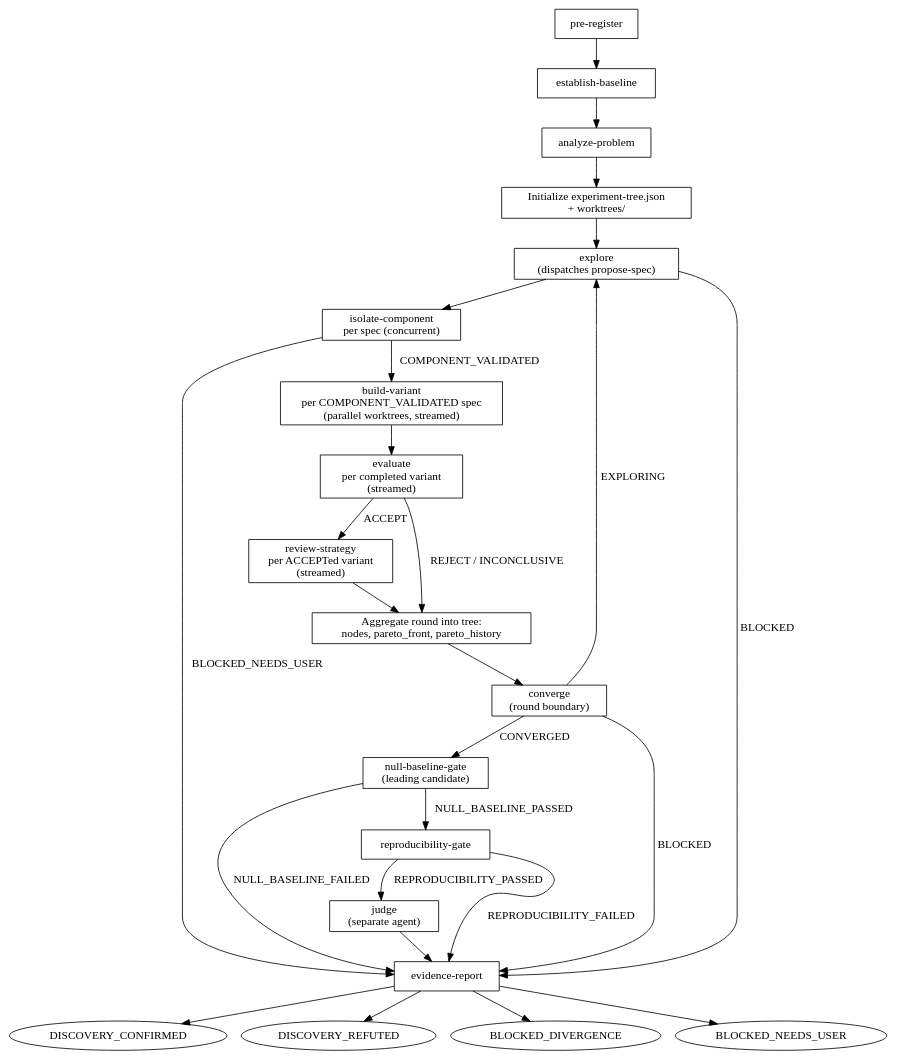
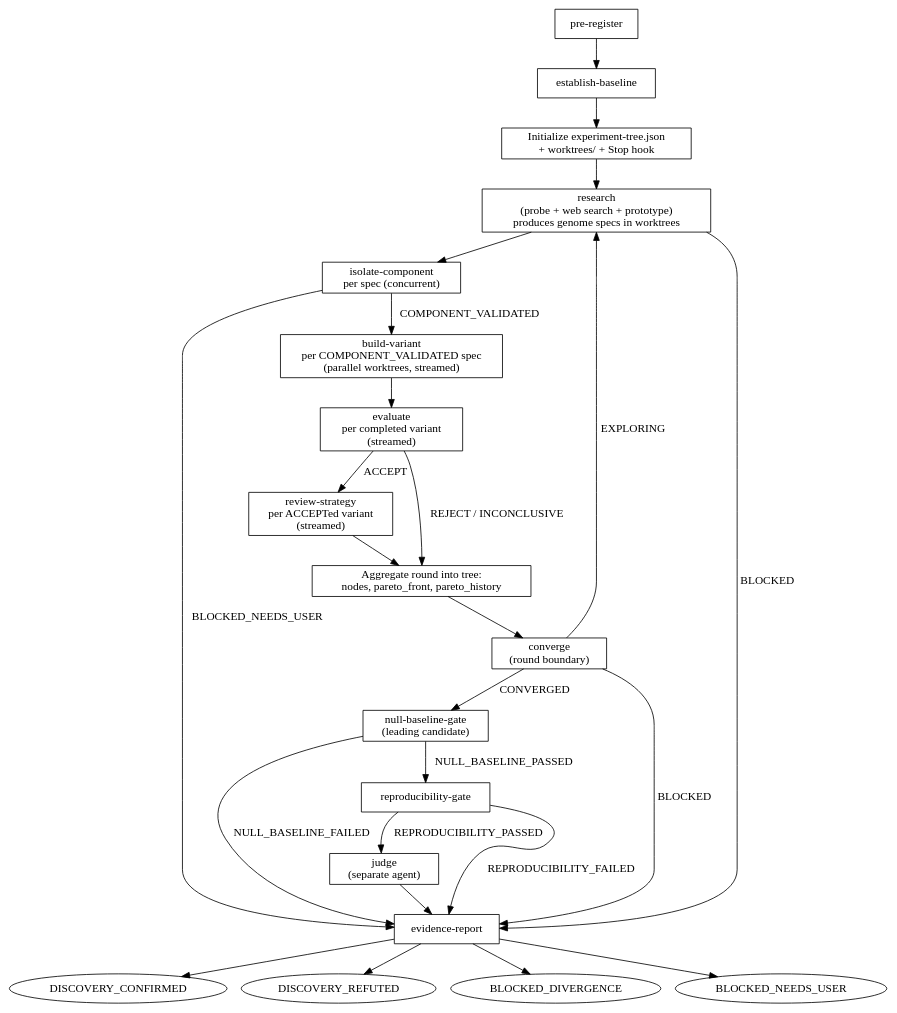
The diagram in skills/auto-discover/references/pipeline-overview.md (Hook12aaa/auto-discover), drawn with Graphviz before and after one commit. The commit also changed other lines of this file and 31 other files, not shown here.

````diff
--- a/skills/auto-discover/references/pipeline-overview.md
+++ b/skills/auto-discover/references/pipeline-overview.md
@@ -3,49 +3,48 @@
 ```dot
 digraph auto_discover_evolutionary_loop {
   rankdir=TB;
   node [shape=box];
 
   prereg [label="pre-register"];
   baseline [label="establish-baseline"];
-  analyze [label="analyze-problem"];
-  inittree [label="Initialize experiment-tree.json\n+ worktrees/"];
-  explore [label="explore\n(dispatches propose-spec)"];
+  inittree [label="Initialize experiment-tree.json\n+ worktrees/ + Stop hook"];
+  research [label="research\n(probe + web search + prototype)\nproduces genome specs in worktrees"];
   isolate [label="isolate-component\nper spec (concurrent)"];
   build [label="build-variant\nper COMPONENT_VALIDATED spec\n(parallel worktrees, streamed)"];
   evaluate [label="evaluate\nper completed variant\n(streamed)"];
   review [label="review-strategy\nper ACCEPTed variant\n(streamed)"];
   aggregate [label="Aggregate round into tree:\nnodes, pareto_front, pareto_history"];
   converge [label="converge\n(round boundary)"];
   nullgate [label="null-baseline-gate\n(leading candidate)"];
   reprogate [label="reproducibility-gate"];
   judge [label="judge\n(separate agent)"];
   evidence [label="evidence-report"];
   confirmed [label="DISCOVERY_CONFIRMED", shape=ellipse];
   refuted [label="DISCOVERY_REFUTED", shape=ellipse];
   diverged [label="BLOCKED_DIVERGENCE", shape=ellipse];
   blocked [label="BLOCKED_NEEDS_USER", shape=ellipse];
 
-  prereg -> baseline -> analyze -> inittree -> explore;
-  explore -> isolate;
-  explore -> evidence [label="BLOCKED"];
+  prereg -> baseline -> inittree -> research;
+  research -> isolate;
+  research -> evidence [label="BLOCKED"];
   isolate -> build [label="COMPONENT_VALIDATED"];
   isolate -> evidence [label="BLOCKED_NEEDS_USER"];
   build -> evaluate;
   evaluate -> review [label="ACCEPT"];
   evaluate -> aggregate [label="REJECT / INCONCLUSIVE"];
   review -> aggregate;
   aggregate -> converge;
-  converge -> explore [label="EXPLORING"];
+  converge -> research [label="EXPLORING"];
   converge -> nullgate [label="CONVERGED"];
   converge -> evidence [label="BLOCKED"];
   nullgate -> evidence [label="NULL_BASELINE_FAILED"];
   nullgate -> reprogate [label="NULL_BASELINE_PASSED"];
   reprogate -> evidence [label="REPRODUCIBILITY_FAILED"];
   reprogate -> judge [label="REPRODUCIBILITY_PASSED"];
   judge -> evidence;
   evidence -> confirmed;
   evidence -> refuted;
   evidence -> diverged;
   evidence -> blocked;
 }
 ```
````
